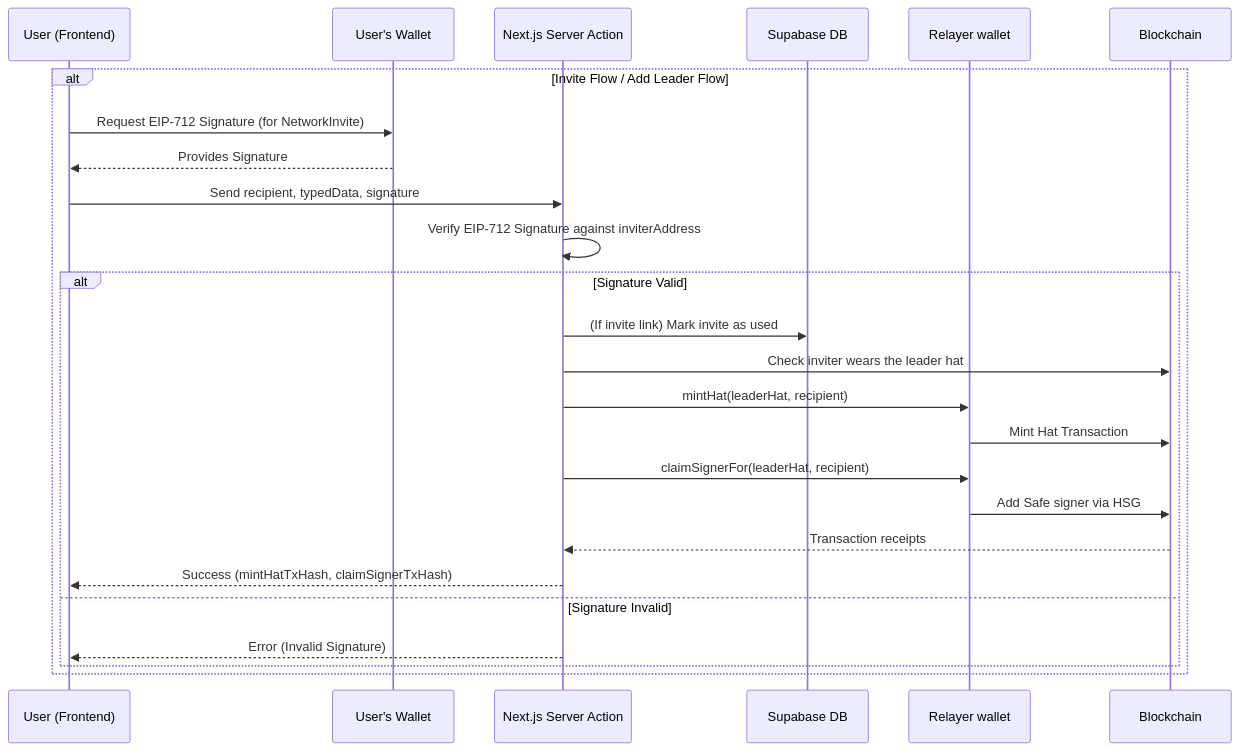
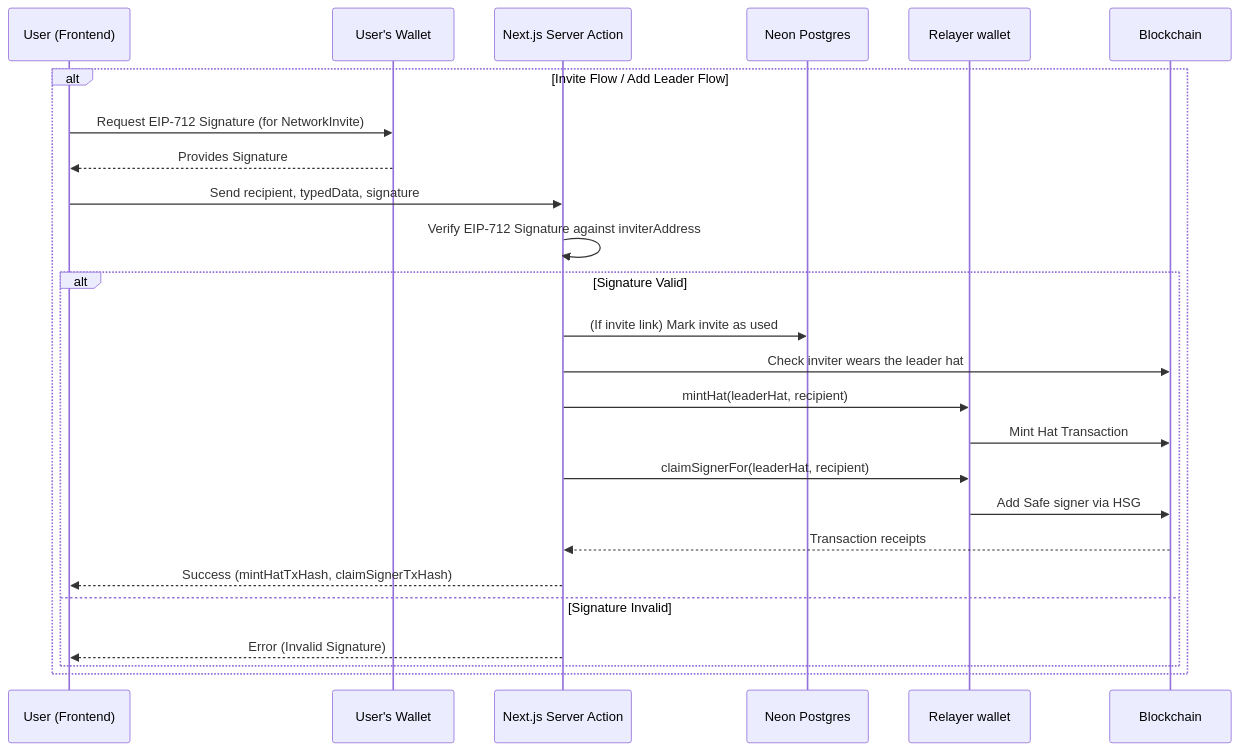
One commit to holonym-foundation/refunite-network changed the second of 2 diagrams in README.md. Above: the diagram before and after it, drawn with Mermaid. The commit also changed other lines of this file and 13 other files, not shown here.

First line of the commit message:
feat(db): replace Turso with Neon Postgres and Drizzle

````diff
--- a/README.md
+++ b/README.md
@@ -107,28 +106,28 @@
 ```mermaid
 sequenceDiagram
     participant UserFrontend as User (Frontend)
     participant Wallet as User's Wallet
     participant ServerAction as Next.js Server Action
-    participant SupabaseDB as Supabase DB
+    participant DB as Neon Postgres
     participant Relayer as Relayer wallet
     participant Blockchain
 
     alt Invite Flow / Add Leader Flow
         UserFrontend->>Wallet: Request EIP-712 Signature (for NetworkInvite)
         Wallet-->>UserFrontend: Provides Signature
         UserFrontend->>ServerAction: Send recipient, typedData, signature
         ServerAction->>ServerAction: Verify EIP-712 Signature against inviterAddress
         alt Signature Valid
-            ServerAction->>SupabaseDB: (If invite link) Mark invite as used
+            ServerAction->>DB: (If invite link) Mark invite as used
             ServerAction->>Blockchain: Check inviter wears the leader hat
             ServerAction->>Relayer: mintHat(leaderHat, recipient)
             Relayer->>Blockchain: Mint Hat Transaction
             ServerAction->>Relayer: claimSignerFor(leaderHat, recipient)
             Relayer->>Blockchain: Add Safe signer via HSG
             Blockchain-->>ServerAction: Transaction receipts
             ServerAction-->>UserFrontend: Success (mintHatTxHash, claimSignerTxHash)
         else Signature Invalid
             ServerAction-->>UserFrontend: Error (Invalid Signature)
         end
     end
 ```
````
